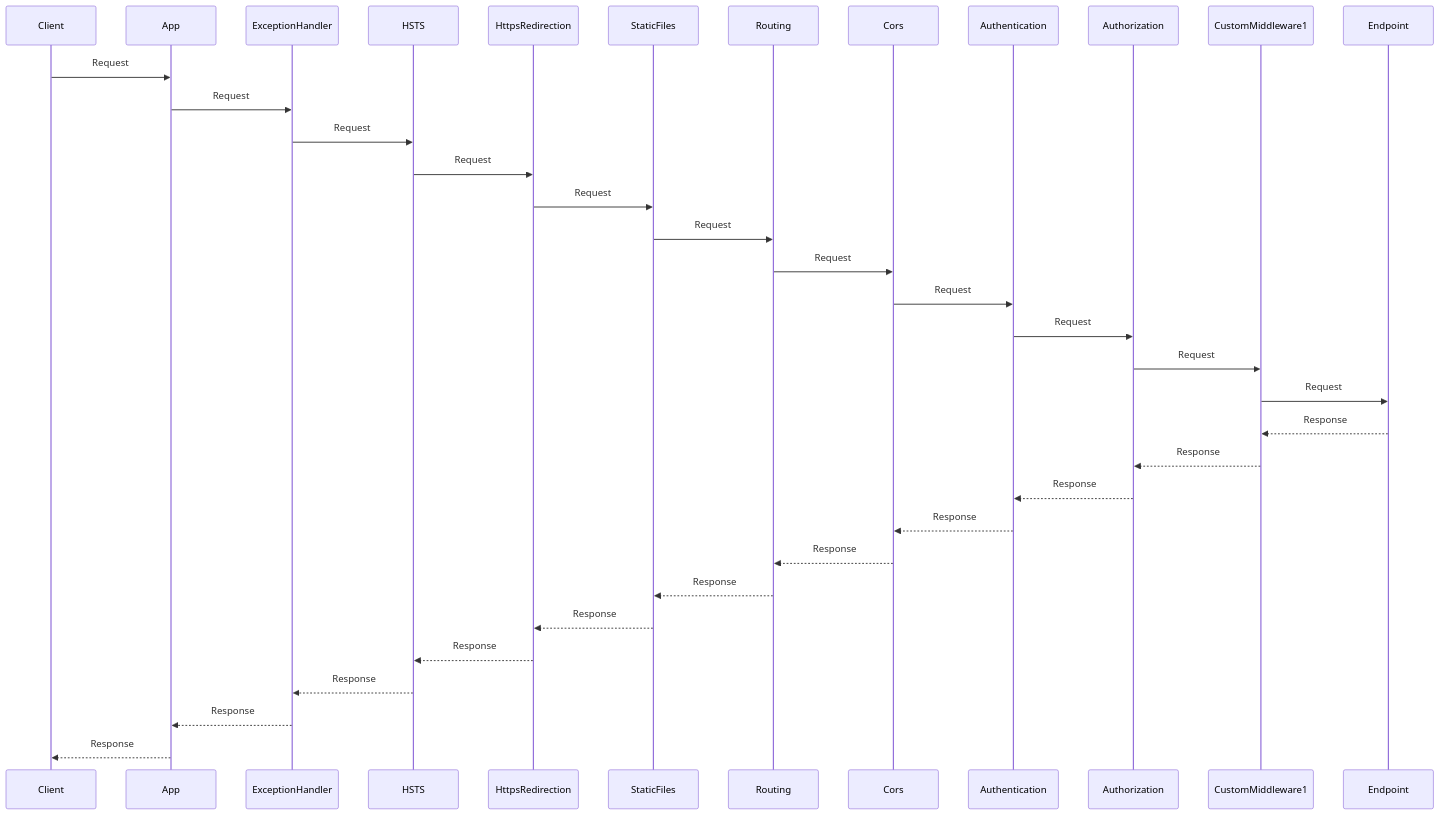
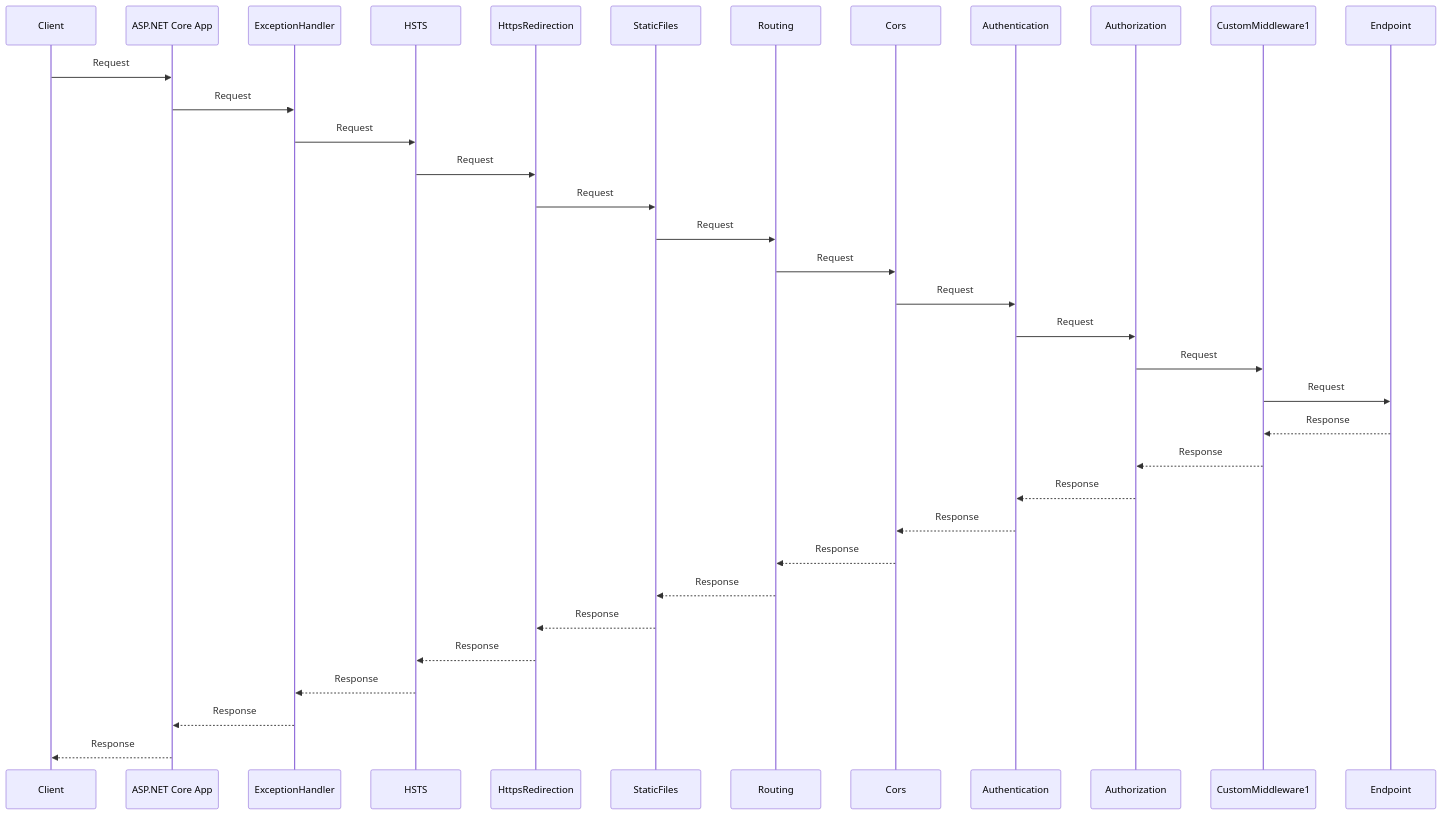
One commit to Rick-Anderson/Report changed the diagram in mid2.md. Above: the diagram before and after it, drawn with Mermaid.

````diff
--- a/mid2.md
+++ b/mid2.md
@@ -1,38 +1,38 @@
 ```mermaid
 sequenceDiagram
     participant Client
-    participant App
+    participant ASP.NET Core App
     participant ExceptionHandler
     participant HSTS
     participant HttpsRedirection
     participant StaticFiles
     participant Routing
     participant Cors
     participant Authentication
     participant Authorization
     participant CustomMiddleware1
     participant Endpoint
 
-    Client->>App: Request
-    App->>ExceptionHandler: Request
+    Client->>ASP.NET Core App: Request
+    ASP.NET Core App->>ExceptionHandler: Request
     ExceptionHandler->>HSTS: Request
     HSTS->>HttpsRedirection: Request
     HttpsRedirection->>StaticFiles: Request
     StaticFiles->>Routing: Request
     Routing->>Cors: Request
     Cors->>Authentication: Request
     Authentication->>Authorization: Request
     Authorization->>CustomMiddleware1: Request
     CustomMiddleware1->>Endpoint: Request
     Endpoint-->>CustomMiddleware1: Response
     CustomMiddleware1-->>Authorization: Response
     Authorization-->>Authentication: Response
     Authentication-->>Cors: Response
     Cors-->>Routing: Response
     Routing-->>StaticFiles: Response
     StaticFiles-->>HttpsRedirection: Response
     HttpsRedirection-->>HSTS: Response
     HSTS-->>ExceptionHandler: Response
-    ExceptionHandler-->>App: Response
-    App-->>Client: Response
+    ExceptionHandler-->>ASP.NET Core App: Response
+    ASP.NET Core App-->>Client: Response
 ```
````
